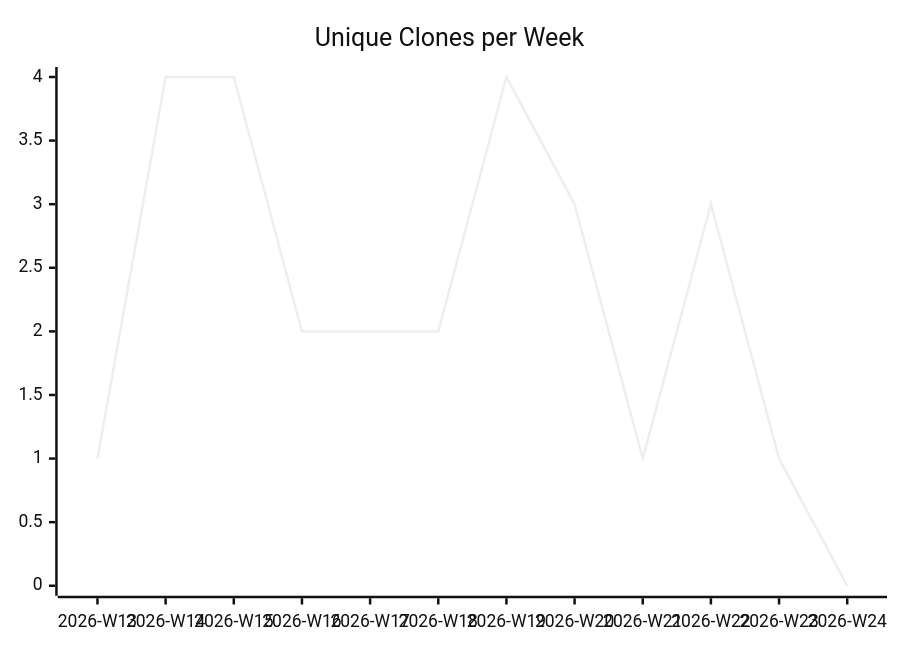
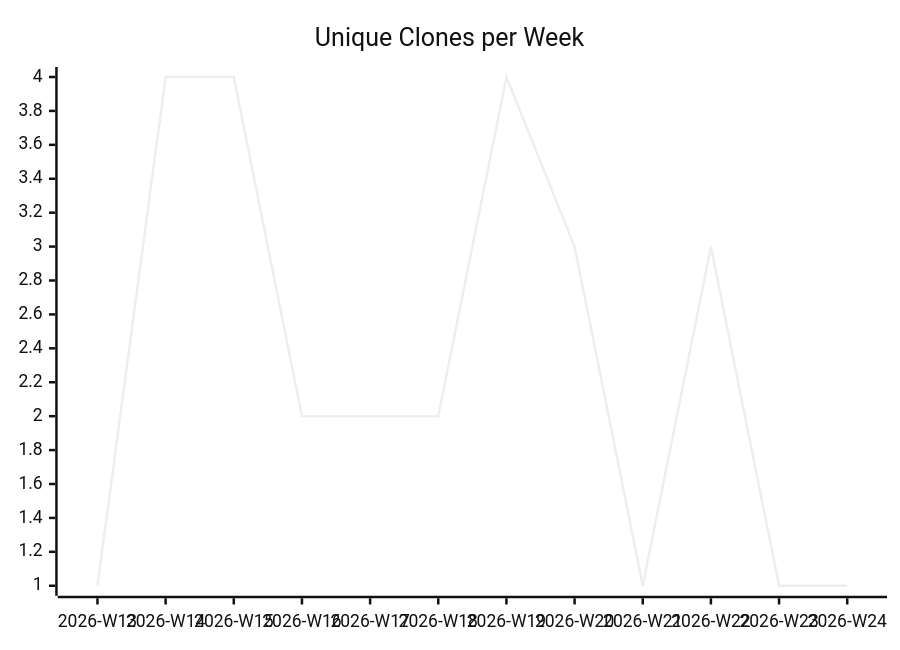
The third of 3 diagrams in karlmdavis/justdavis-puppet/README.md (justdavis-family/github-analytics-data), drawn with Mermaid (neutral theme) before and after one commit. The commit also changed other lines of this file and 194 other files, not shown here.

````diff
--- a/karlmdavis/justdavis-puppet/README.md
+++ b/karlmdavis/justdavis-puppet/README.md
@@ -19,6 +19,6 @@
 ```mermaid
 xychart-beta
   title "Unique Clones per Week"
   x-axis ["2026-W13", "2026-W14", "2026-W15", "2026-W16", "2026-W17", "2026-W18", "2026-W19", "2026-W20", "2026-W21", "2026-W22", "2026-W23", "2026-W24"]
-  line [1, 4, 4, 2, 2, 2, 4, 3, 1, 3, 1, 0]
+  line [1, 4, 4, 2, 2, 2, 4, 3, 1, 3, 1, 1]
 ```
````
